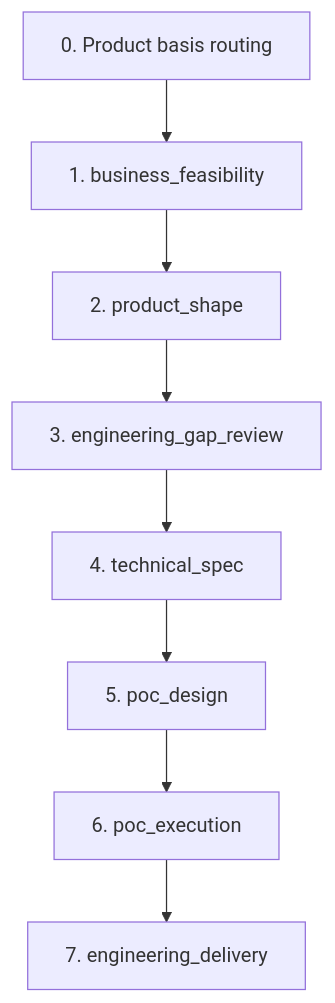
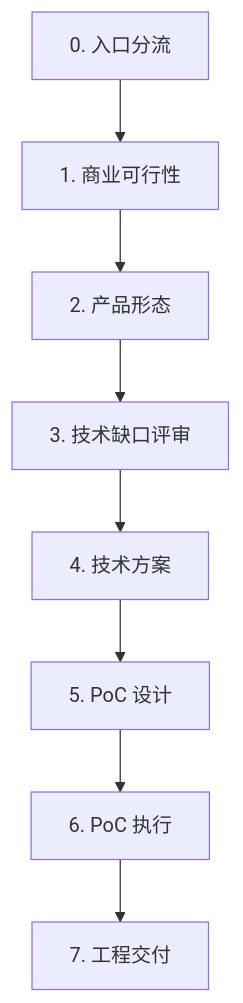
The diagram in skills/spec-intake/README.md (stardustai/stardust-skills), drawn with Mermaid before and after one commit. The commit also changed other lines of this file and 5 other files, not shown here.

````diff
--- a/skills/spec-intake/README.md
+++ b/skills/spec-intake/README.md
@@ -30,12 +30,12 @@
 ```mermaid
 flowchart TD
-  A["0. Product basis routing"]
-  B["1. business_feasibility"]
-  C["2. product_shape"]
-  D["3. engineering_gap_review"]
-  E["4. technical_spec"]
-  F["5. poc_design"]
-  G["6. poc_execution"]
-  H["7. engineering_delivery"]
+  A["0. 入口分流"]
+  B["1. 商业可行性"]
+  C["2. 产品形态"]
+  D["3. 技术缺口评审"]
+  E["4. 技术方案"]
+  F["5. PoC 设计"]
+  G["6. PoC 执行"]
+  H["7. 工程交付"]
   A --> B --> C --> D --> E --> F --> G --> H
 ```
````
